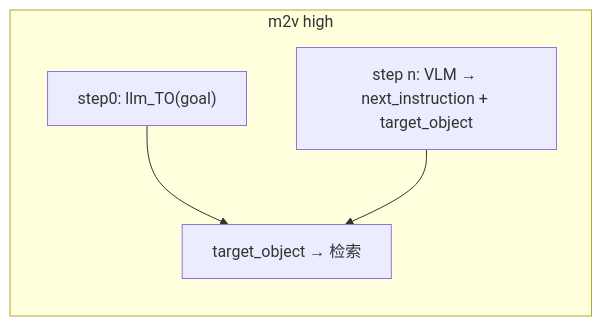
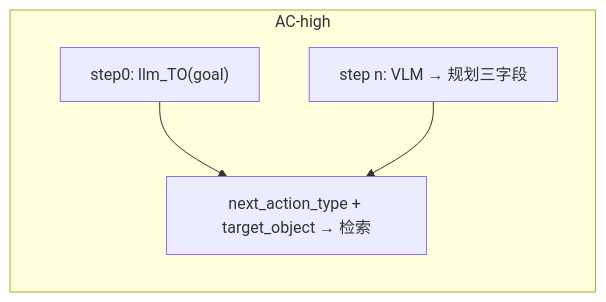
Before and after one commit to Jerry-yung/GUI_agent: the diagram in TOGrounding/test4.1.0-AC_low&high/agents/README.md, drawn with Mermaid. The commit also changed other lines of this file and 33 other files, not shown here.

````diff
--- a/TOGrounding/test4.1.0-AC_low&high/agents/README.md
+++ b/TOGrounding/test4.1.0-AC_low&high/agents/README.md
@@ -89,10 +103,10 @@
 ```mermaid
 flowchart LR
-    subgraph high_m2v [m2v high]
+    subgraph high_flow [AC-high]
         s0["step0: llm_TO(goal)"]
-        vn["step n: VLM → next_instruction + target_object"]
-        ann["target_object → 检索"]
+        vn["step n: VLM → 规划三字段"]
+        ann["next_action_type + target_object → 检索"]
         s0 --> ann
         vn --> ann
     end
 ```
````
